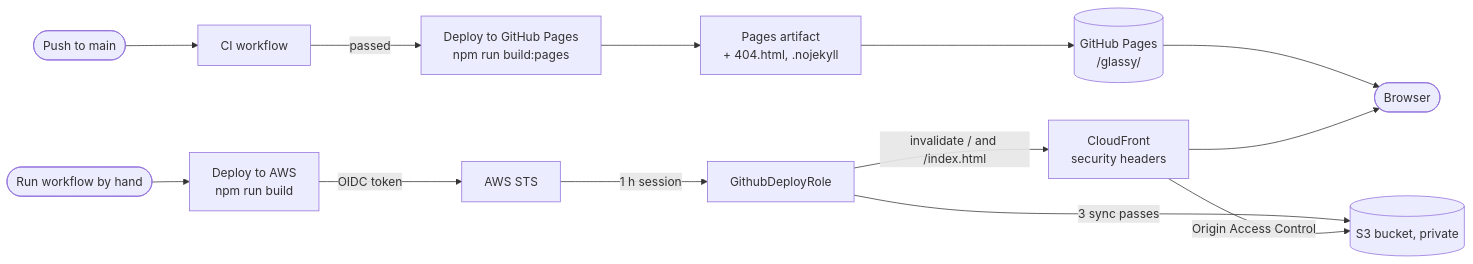
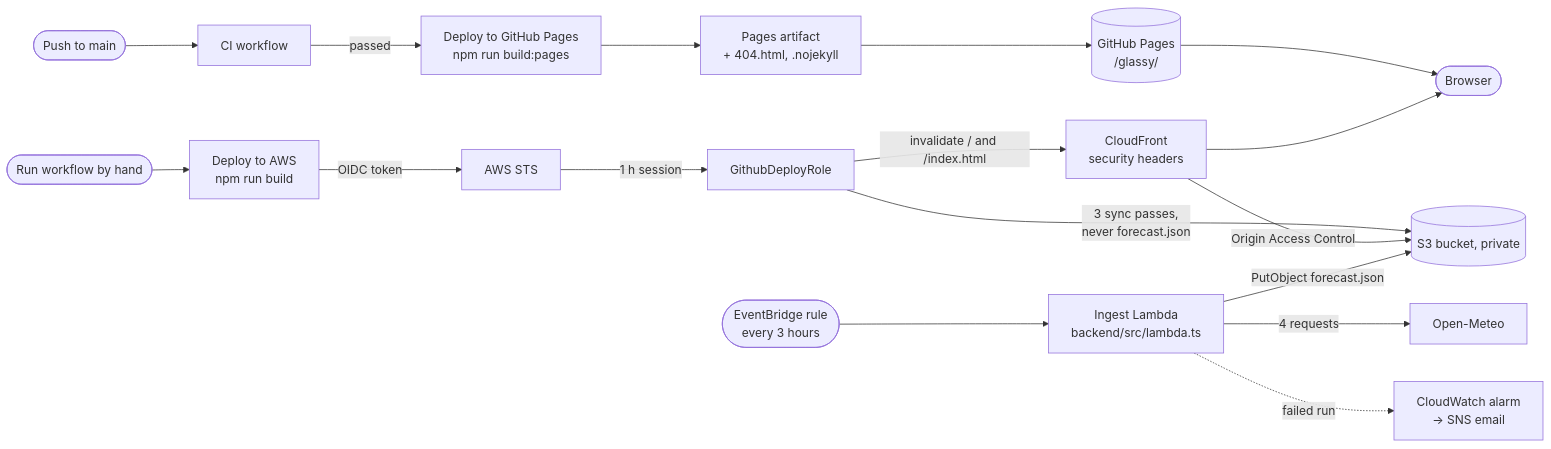
The diagram in docs/deployment.md (jamesablue/glassy), drawn with Mermaid before and after one commit. The commit also changed other lines of this file and 22 other files, not shown here.

First line of the commit message:
feat(infra): publish forecast.json from a scheduled Lambda every 3 hours (#52)

````diff
--- a/docs/deployment.md
+++ b/docs/deployment.md
@@ -11,17 +11,22 @@
 ```mermaid
 flowchart LR
   push(["Push to main"]) --> ci["CI workflow"]
   ci -- "passed" --> pagesbuild["Deploy to GitHub Pages<br/>npm run build:pages"]
   pagesbuild --> pagesart["Pages artifact<br/>+ 404.html, .nojekyll"]
   pagesart --> pages[("GitHub Pages<br/>/glassy/")]
 
   manual(["Run workflow by hand"]) --> awsbuild["Deploy to AWS<br/>npm run build"]
   awsbuild -- "OIDC token" --> sts["AWS STS"]
   sts -- "1 h session" --> role["GithubDeployRole"]
-  role -- "3 sync passes" --> s3[("S3 bucket, private")]
+  role -- "3 sync passes,<br/>never forecast.json" --> s3[("S3 bucket, private")]
   role -- "invalidate / and /index.html" --> cf["CloudFront<br/>security headers"]
   cf -- "Origin Access Control" --> s3
+
+  rule(["EventBridge rule<br/>every 3 hours"]) --> ingest["Ingest Lambda<br/>backend/src/lambda.ts"]
+  ingest -- "4 requests" --> om["Open-Meteo"]
+  ingest -- "PutObject forecast.json" --> s3
+  ingest -. "failed run" .-> alarm["CloudWatch alarm<br/>→ SNS email"]
 
   pages --> browser(["Browser"])
   cf --> browser
 ```
````
